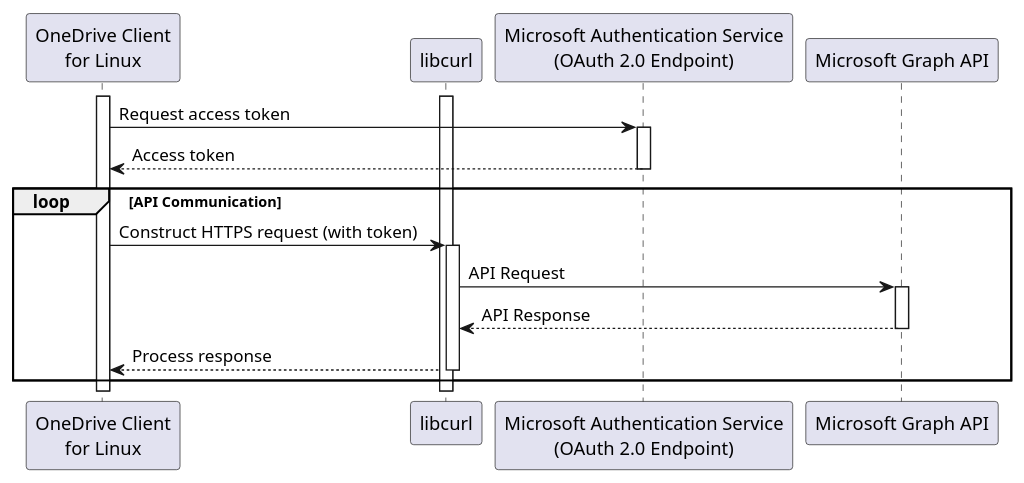
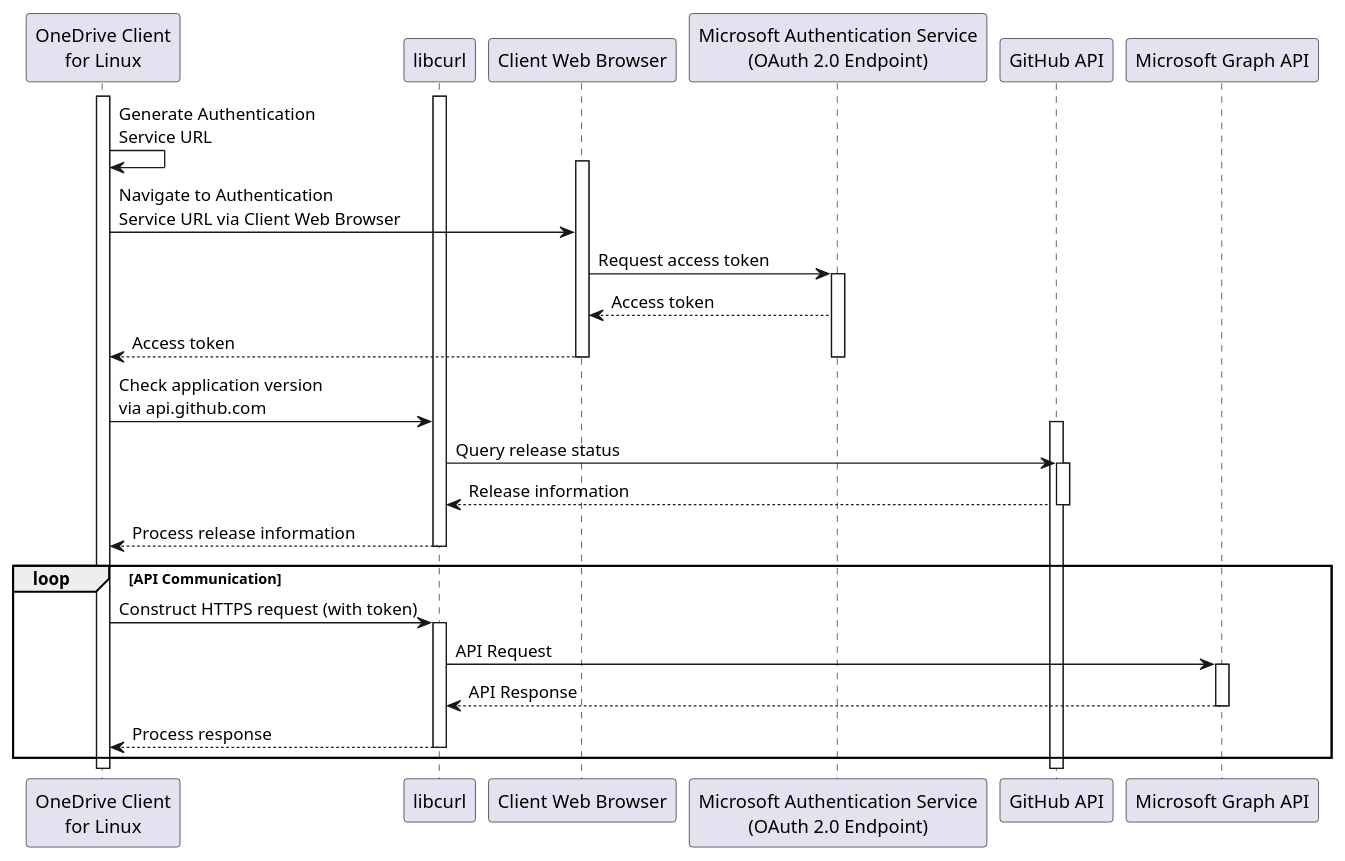
Before and after one commit to abraunegg/onedrive: the diagram in docs/puml/client_use_of_libcurl.puml, drawn with PlantUML. The commit also changed 2 other files, not shown here.

Commit message:
Update client use of libcurl docs
* Update client use of libcurl docs

```diff
--- a/docs/puml/client_use_of_libcurl.puml
+++ b/docs/puml/client_use_of_libcurl.puml
@@ -1,25 +1,41 @@
 @startuml
 participant "OneDrive Client\nfor Linux" as od
 participant "libcurl" as lc
+participant "Client Web Browser" as browser
 participant "Microsoft Authentication Service\n(OAuth 2.0 Endpoint)" as oauth
+participant "GitHub API" as github
 participant "Microsoft Graph API" as graph
 
 activate od
 activate lc
 
-od->oauth: Request access token
+od->od: Generate Authentication\nService URL
+activate browser
+od->browser: Navigate to Authentication\nService URL via Client Web Browser
+browser->oauth: Request access token
 activate oauth
-oauth-->od: Access token
+oauth-->browser: Access token
+browser-->od: Access token
 deactivate oauth
+deactivate browser
+
+od->lc: Check application version\nvia api.github.com
+activate github
+lc->github: Query release status
+activate github
+github-->lc: Release information
+deactivate github
+lc-->od: Process release information
+deactivate lc
 
 loop API Communication
     od->lc: Construct HTTPS request (with token)
     activate lc
     lc->graph: API Request
     activate graph
     graph-->lc: API Response
     deactivate graph
     lc-->od: Process response
     deactivate lc
 end
 @enduml
```
